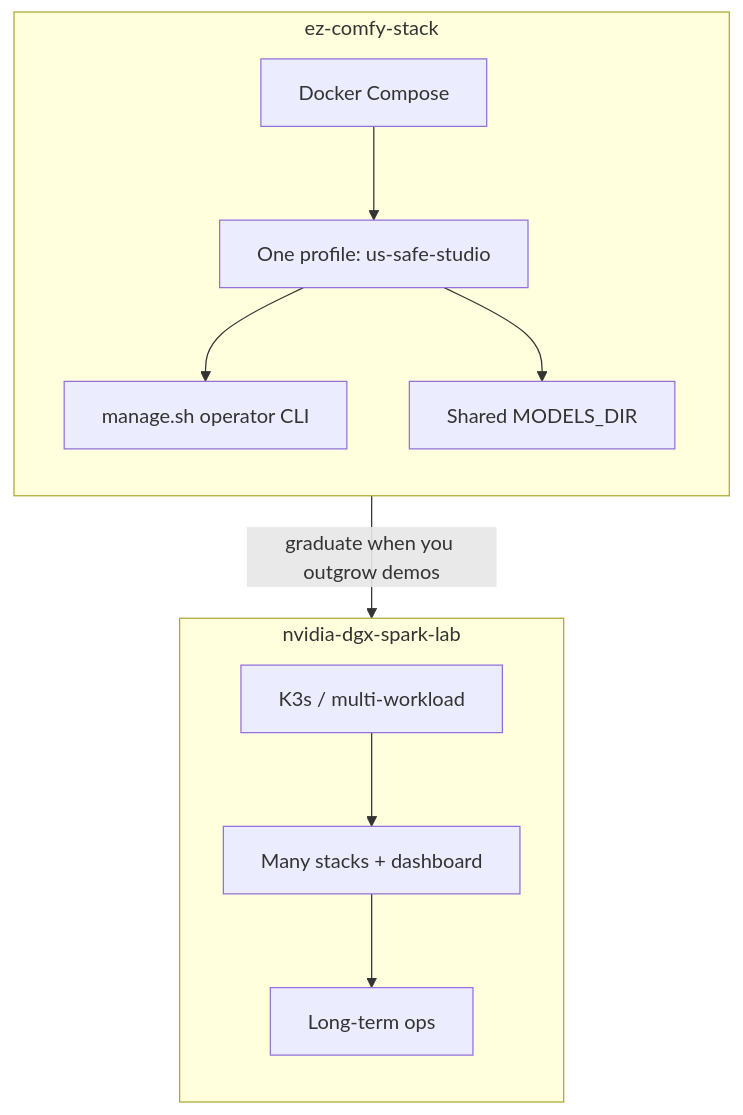
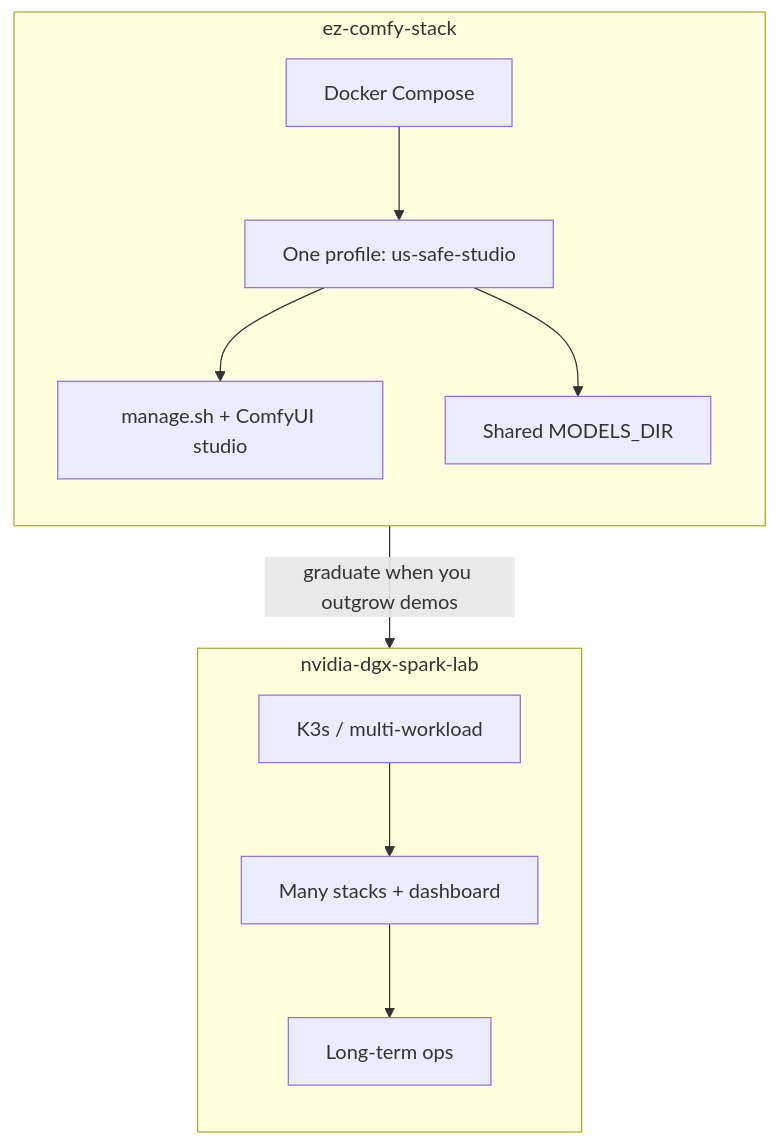
One commit to toxicoder/ez-comfy-stack changed the first of 3 diagrams in docs/index.md. Above: the diagram before and after it, drawn with Mermaid. The commit also changed other lines of this file and 32 other files, not shown here.

````diff
--- a/docs/index.md
+++ b/docs/index.md
@@ -40,20 +70,20 @@
 ```mermaid
 flowchart TB
   subgraph EZ["ez-comfy-stack"]
     direction TB
     E1["Docker Compose"]
     E2["One profile: us-safe-studio"]
-    E3["manage.sh operator CLI"]
+    E3["manage.sh + ComfyUI studio"]
     E4["Shared MODELS_DIR"]
     E1 --> E2 --> E3
     E2 --> E4
   end
   subgraph LAB["nvidia-dgx-spark-lab"]
     direction TB
     L1["K3s / multi-workload"]
     L2["Many stacks + dashboard"]
     L3["Long-term ops"]
     L1 --> L2 --> L3
   end
   EZ -->|"graduate when you outgrow demos"| LAB
 ```
````
